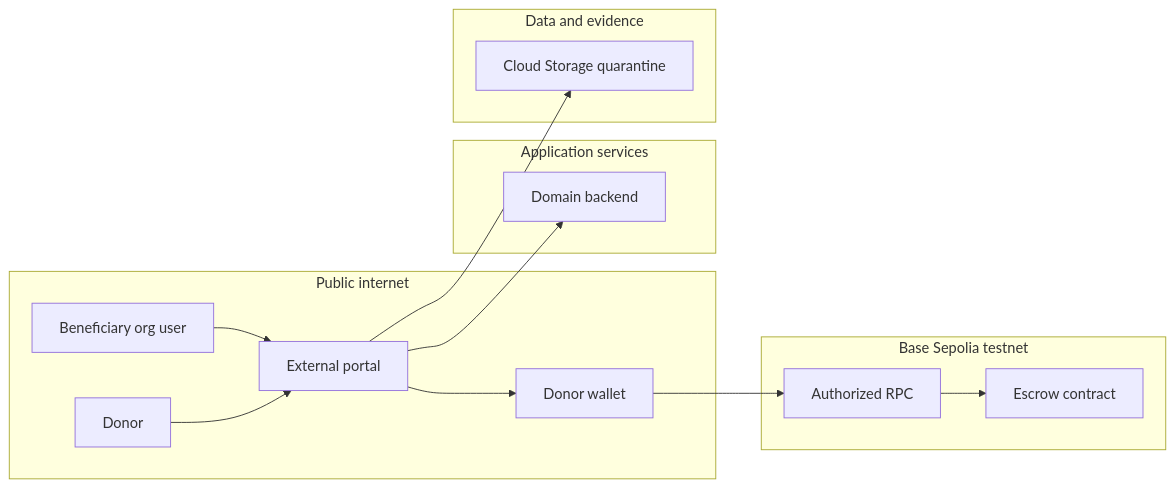
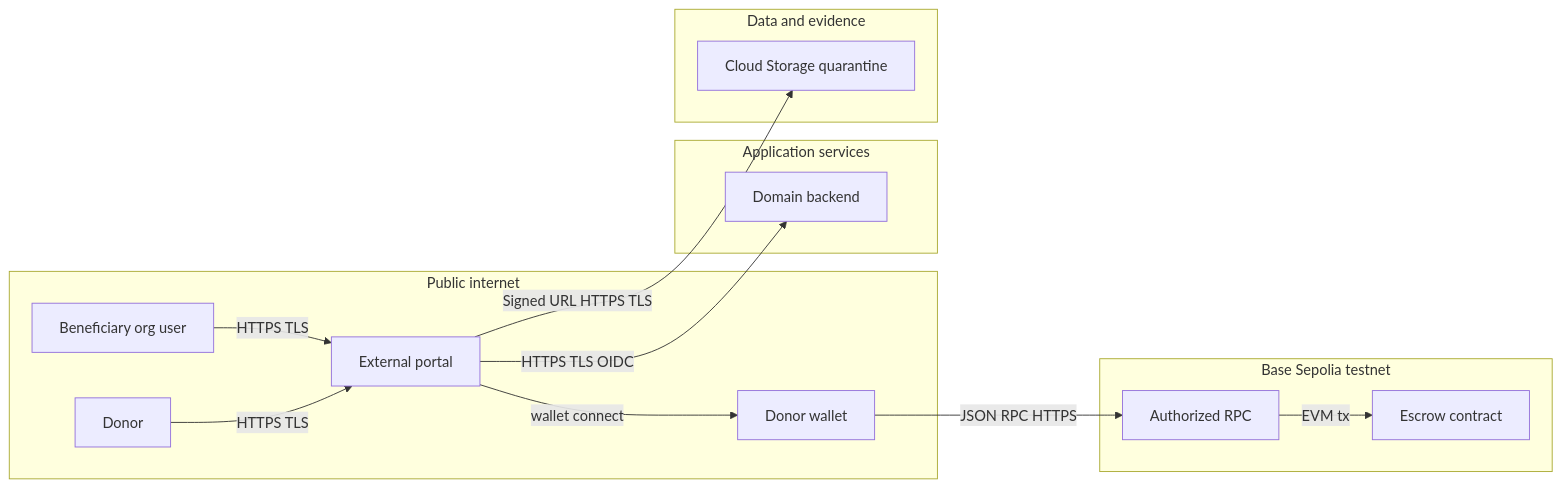
Before and after one commit to eweinmanepam/Documents: the fourth of 21 diagrams in stableimpact-design.md, drawn with Mermaid. The commit also changed other lines of this file, not shown here.

````diff
--- a/stableimpact-design.md
+++ b/stableimpact-design.md
@@ -122,30 +129,30 @@
 ```mermaid
 flowchart LR
   subgraph Public[Public internet]
-    ORG[Beneficiary org user]
-    DONOR[Donor]
-    PORTAL[External portal]
-    DONORW[Donor wallet]
+    P_ORG[Beneficiary org user]
+    P_DONOR[Donor]
+    P_PORTAL[External portal]
+    P_DONORW[Donor wallet]
   end
 
   subgraph AppSvc[Application services]
-    API[Domain backend]
+    P_API[Domain backend]
   end
 
   subgraph DataZone[Data and evidence]
-    GCS[Cloud Storage quarantine]
+    P_GCS[Cloud Storage quarantine]
   end
 
   subgraph Chain[Base Sepolia testnet]
-    RPC[Authorized RPC]
-    CONTRACT[Escrow contract]
+    P_RPC[Authorized RPC]
+    P_CONTRACT[Escrow contract]
   end
 
-  ORG --> PORTAL
-  DONOR --> PORTAL
-  PORTAL --> API
-  PORTAL --> GCS
-  PORTAL --> DONORW
-  DONORW --> RPC
-  RPC --> CONTRACT
+  P_ORG -->|HTTPS TLS| P_PORTAL
+  P_DONOR -->|HTTPS TLS| P_PORTAL
+  P_PORTAL -->|HTTPS TLS OIDC| P_API
+  P_PORTAL -->|Signed URL HTTPS TLS| P_GCS
+  P_PORTAL -->|wallet connect| P_DONORW
+  P_DONORW -->|JSON RPC HTTPS| P_RPC
+  P_RPC -->|EVM tx| P_CONTRACT
 ```
````
